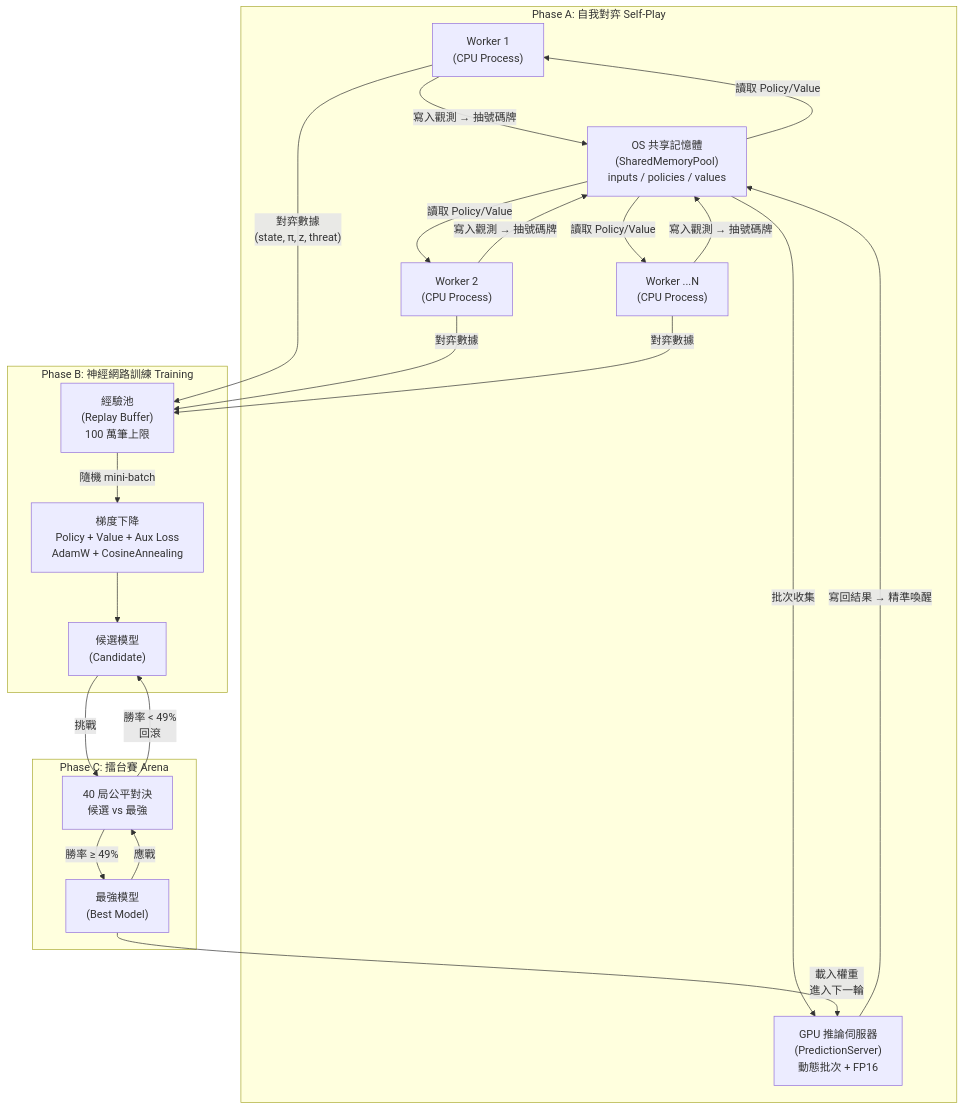
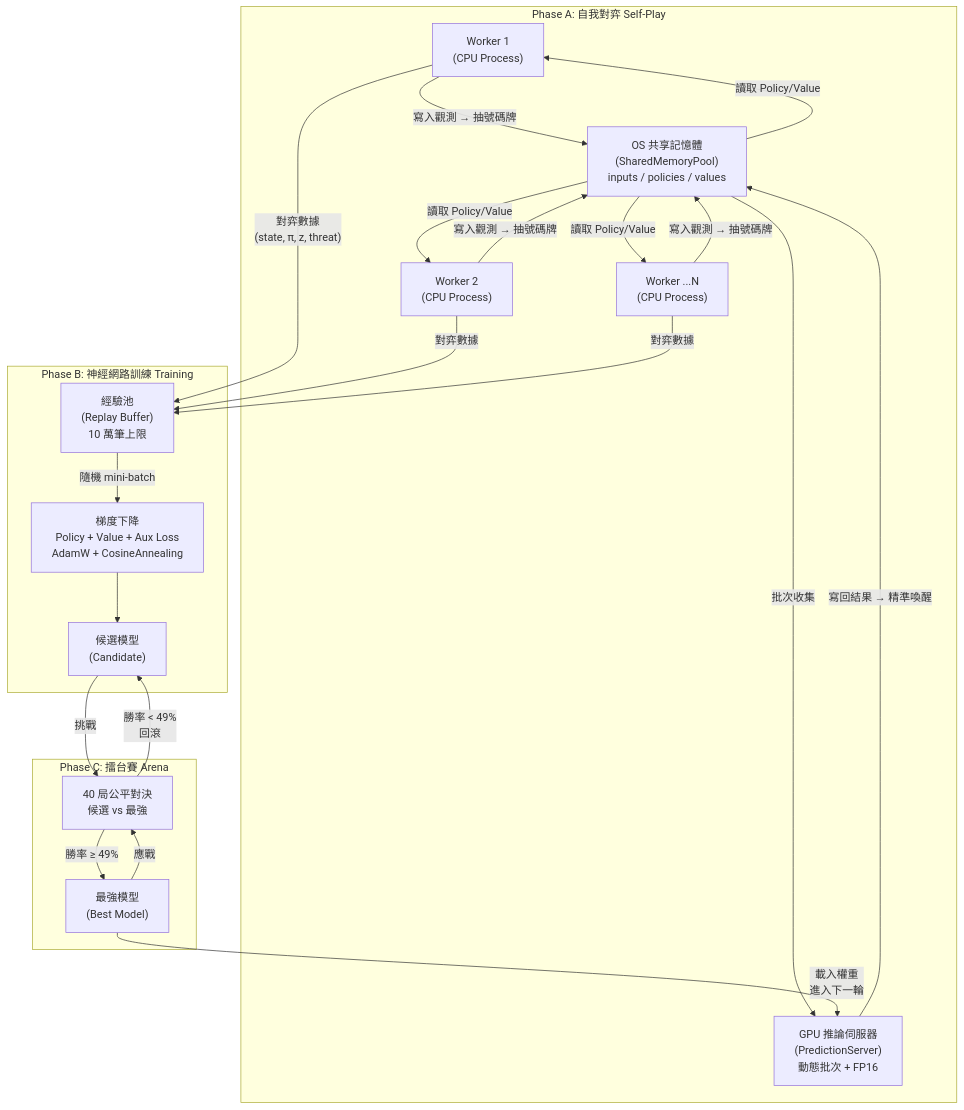
One commit to Rafu2102/GomokuAlphaZero changed the first of 2 diagrams in README.md. Above: the diagram before and after it, drawn with Mermaid. The commit also changed other lines of this file and 10 other files, not shown here.

````diff
--- a/README.md
+++ b/README.md
@@ -165,41 +166,41 @@
 ```mermaid
 graph TB
     subgraph "Phase A: 自我對弈 Self-Play"
         W1["Worker 1<br/>(CPU Process)"]
         W2["Worker 2<br/>(CPU Process)"]
         W3["Worker ...N<br/>(CPU Process)"]
         SHM["OS 共享記憶體<br/>(SharedMemoryPool)<br/>inputs / policies / values"]
         GPU["GPU 推論伺服器<br/>(PredictionServer)<br/>動態批次 + FP16"]
         
         W1 -- "寫入觀測 → 抽號碼牌" --> SHM
         W2 -- "寫入觀測 → 抽號碼牌" --> SHM
         W3 -- "寫入觀測 → 抽號碼牌" --> SHM
         SHM -- "批次收集" --> GPU
         GPU -- "寫回結果 → 精準喚醒" --> SHM
         SHM -- "讀取 Policy/Value" --> W1
         SHM -- "讀取 Policy/Value" --> W2
         SHM -- "讀取 Policy/Value" --> W3
     end
 
     subgraph "Phase B: 神經網路訓練 Training"
-        BUF["經驗池<br/>(Replay Buffer)<br/>100 萬筆上限"]
+        BUF["經驗池<br/>(Replay Buffer)<br/>10 萬筆上限"]
         TRAIN["梯度下降<br/>Policy + Value + Aux Loss<br/>AdamW + CosineAnnealing"]
         MODEL["候選模型<br/>(Candidate)"]
     end
 
     subgraph "Phase C: 擂台賽 Arena"
         ARENA["40 局公平對決<br/>候選 vs 最強"]
         BEST["最強模型<br/>(Best Model)"]
     end
 
     W1 -- "對弈數據<br/>(state, π, z, threat)" --> BUF
     W2 -- "對弈數據" --> BUF
     W3 -- "對弈數據" --> BUF
     BUF -- "隨機 mini-batch" --> TRAIN
     TRAIN --> MODEL
     MODEL -- "挑戰" --> ARENA
     BEST -- "應戰" --> ARENA
     ARENA -- "勝率 ≥ 49%" --> BEST
     ARENA -- "勝率 < 49%<br/>回滾" --> MODEL
     BEST -- "載入權重<br/>進入下一輪" --> GPU
 ```
````
